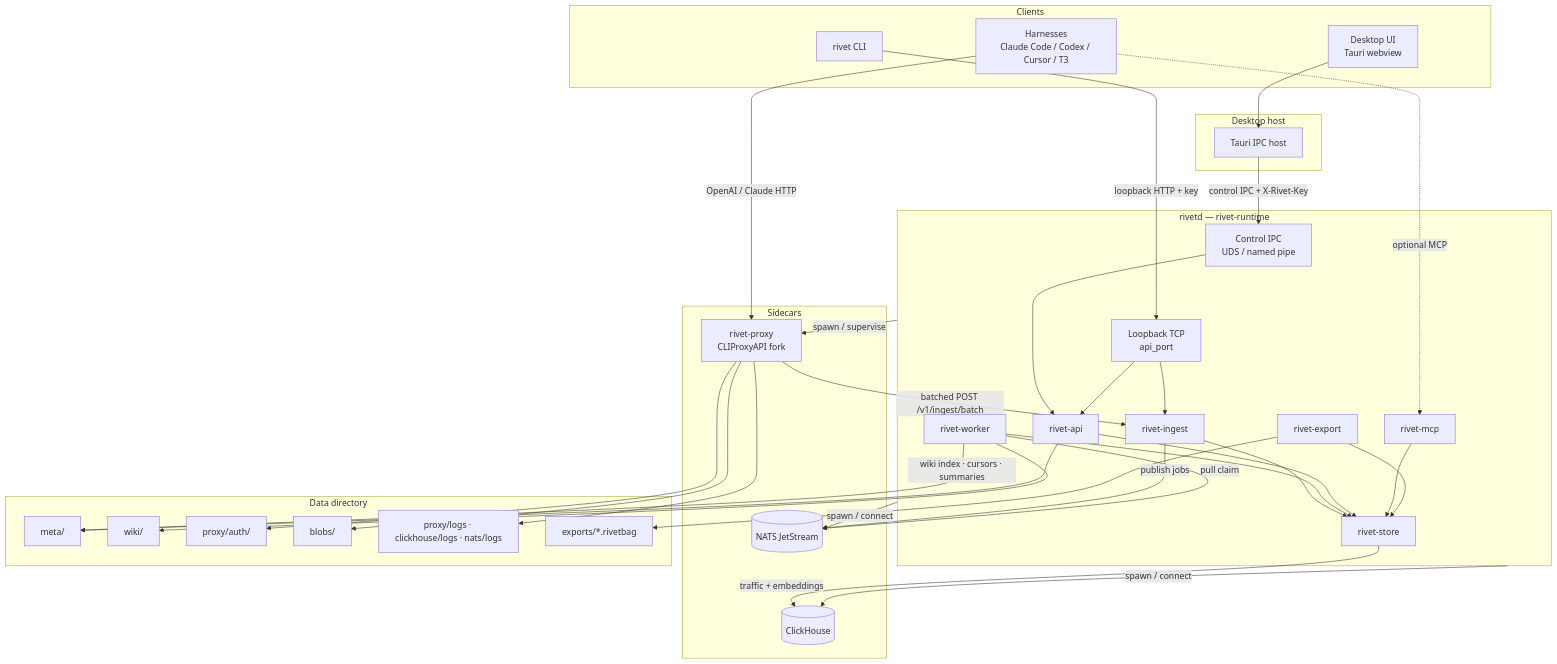
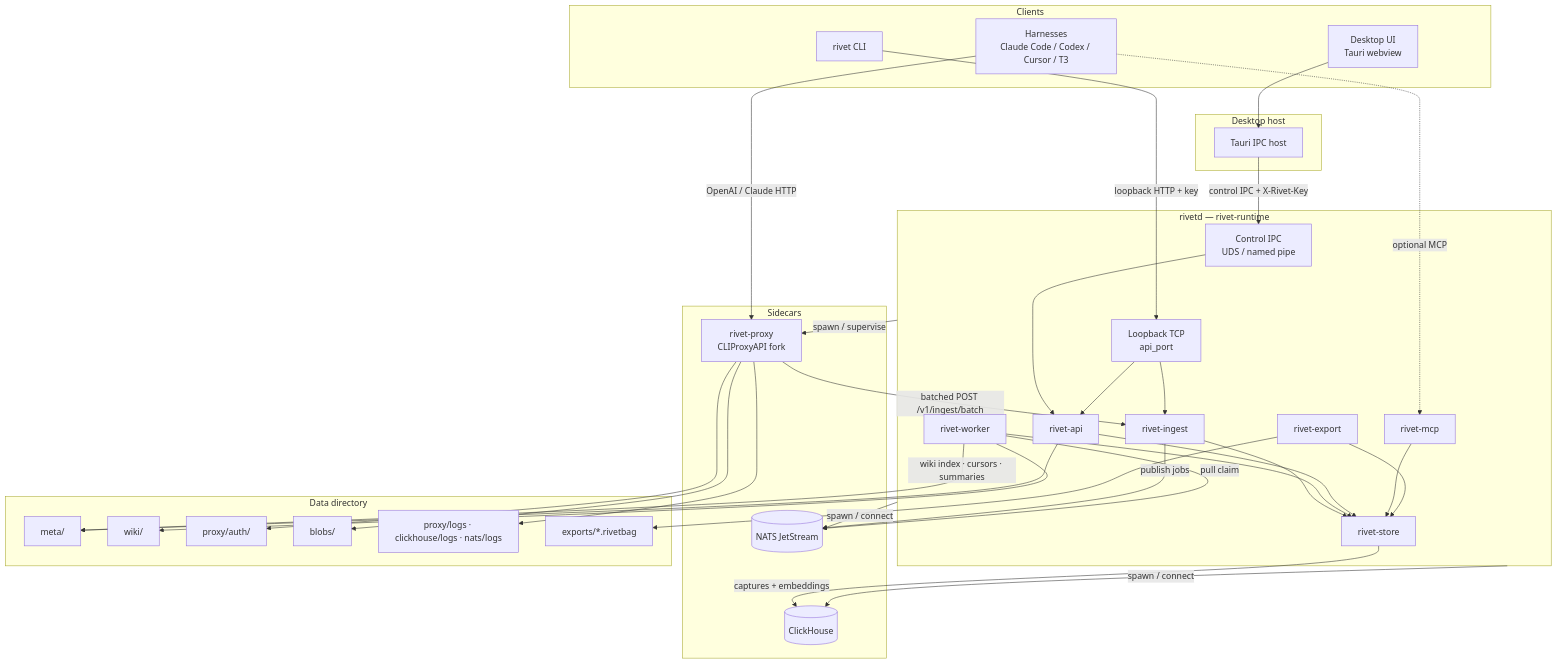
Before and after one commit to Rivethub/ExperimentOne: the first of 13 diagrams in docs/architecture.md, drawn with Mermaid. The commit also changed other lines of this file and 96 other files, not shown here.

````diff
--- a/docs/architecture.md
+++ b/docs/architecture.md
@@ -54,68 +54,68 @@
 ```mermaid
 flowchart TB
   subgraph clients [Clients]
     Harness[Harnesses<br/>Claude Code / Codex / Cursor / T3]
     UI[Desktop UI<br/>Tauri webview]
     CLI[rivet CLI]
   end
 
   subgraph host [Desktop host]
     Tauri[Tauri IPC host]
   end
 
   subgraph rivetd [rivetd — rivet-runtime]
     CtrlIPC[Control IPC<br/>UDS / named pipe]
     TCP[Loopback TCP<br/>api_port]
     API[rivet-api]
     Ingest[rivet-ingest]
     Store[rivet-store]
     Worker[rivet-worker]
     MCP[rivet-mcp]
     Export[rivet-export]
   end
 
   subgraph sidecars [Sidecars]
     Proxy[rivet-proxy<br/>CLIProxyAPI fork]
     NATS[(NATS JetStream)]
     CH[(ClickHouse)]
   end
 
   subgraph disk [Data directory]
     Meta[meta/]
     WikiFS[wiki/]
     Auth[proxy/auth/]
     Blobs[blobs/]
     Logs[proxy/logs · clickhouse/logs · nats/logs]
     Bags[exports/*.rivetbag]
   end
 
   Harness -->|OpenAI / Claude HTTP| Proxy
   Proxy -->|batched POST /v1/ingest/batch| Ingest
   Ingest --> Store
   Ingest -->|publish jobs| NATS
   Worker -->|pull claim| NATS
   Worker --> Store
   Worker -->|wiki index · cursors · summaries| Meta
   Worker --> WikiFS
-  Store -->|traffic + embeddings| CH
+  Store -->|captures + embeddings| CH
   API --> Store
   API --> Meta
   MCP --> Store
   Export --> Store
   Export --> Bags
 
   UI --> Tauri
   Tauri -->|control IPC + X-Rivet-Key| CtrlIPC
   CtrlIPC --> API
   CLI -->|loopback HTTP + key| TCP
   TCP --> API
   TCP --> Ingest
 
   rivetd -->|spawn / supervise| Proxy
   rivetd -->|spawn / connect| NATS
   rivetd -->|spawn / connect| CH
   Proxy --> Auth
   Proxy --> Logs
   Proxy --> Blobs
   Harness -.->|optional MCP| MCP
 ```
````
